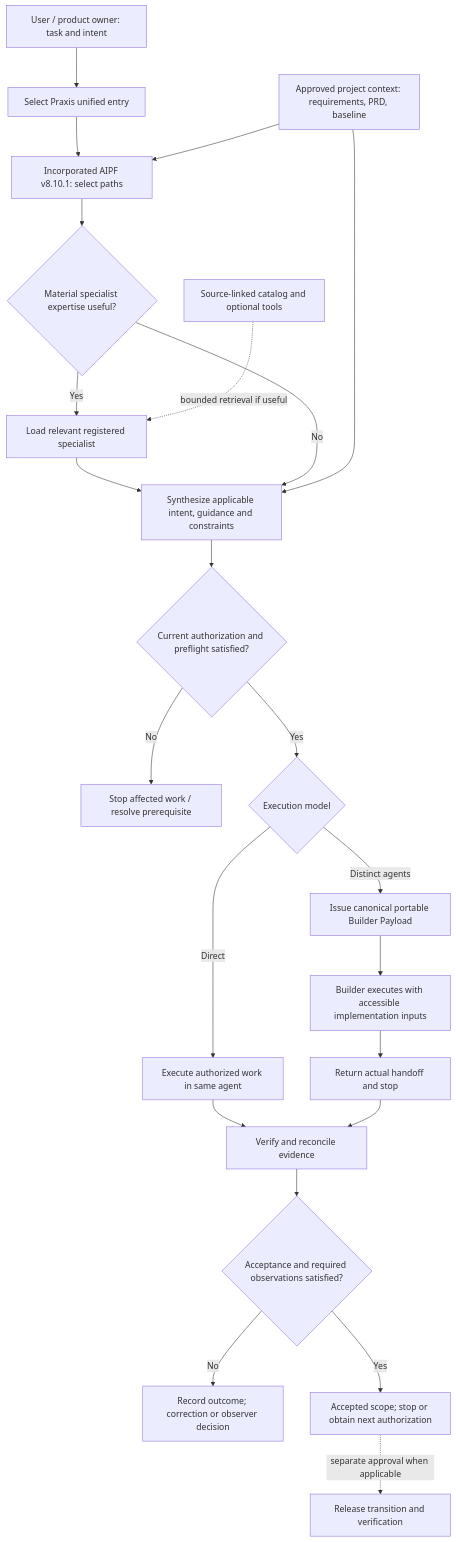
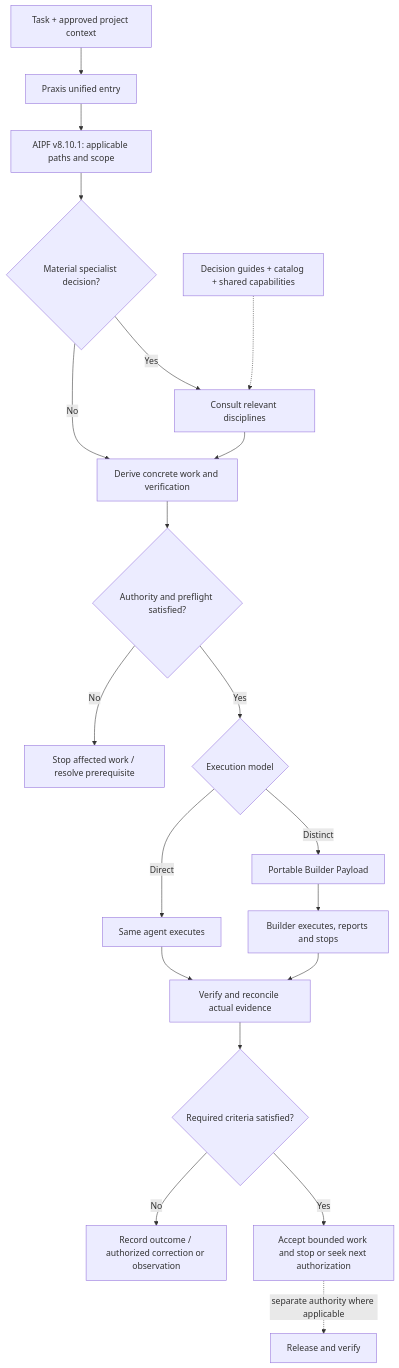
One commit to S-Pillow/praxis changed the diagram in README.md. Above: the diagram before and after it, drawn with Mermaid. The commit also changed other lines of this file, not shown here.

First line of the commit message:
Rebuild README around the unified four-specialist Praxis product

````diff
--- a/README.md
+++ b/README.md
@@ -50,25 +166,22 @@
 ```mermaid
 flowchart TD
-  U["User / product owner: task and intent"] --> E["Select Praxis unified entry"]
-  E --> G["Incorporated AIPF v8.10.1: select paths"]
-  C["Approved project context: requirements, PRD, baseline"] --> G
-  G --> S{"Material specialist expertise useful?"}
-  S -->|Yes| L["Load relevant registered specialist"]
-  K["Source-linked catalog and optional tools"] -. "bounded retrieval if useful" .-> L
-  L --> P["Synthesize applicable intent, guidance and constraints"]
-  S -->|No| P
-  C --> P
-  P --> A{"Current authorization and preflight satisfied?"}
+  U["Task + approved project context"] --> E["Praxis unified entry"]
+  E --> G["AIPF v8.10.1: applicable paths and scope"]
+  G --> M{"Material specialist decision?"}
+  M -->|Yes| S["Consult relevant disciplines"]
+  K["Decision guides + catalog + shared capabilities"] -.-> S
+  M -->|No| P["Derive concrete work and verification"]
+  S --> P
+  P --> A{"Authority and preflight satisfied?"}
   A -->|No| H["Stop affected work / resolve prerequisite"]
   A -->|Yes| X{"Execution model"}
-  X -->|Direct| D["Execute authorized work in same agent"]
-  X -->|Distinct agents| T["Issue canonical portable Builder Payload"]
-  T --> B["Builder executes with accessible implementation inputs"]
-  B --> R["Return actual handoff and stop"]
-  D --> V["Verify and reconcile evidence"]
-  R --> V
-  V --> Q{"Acceptance and required observations satisfied?"}
-  Q -->|No| F["Record outcome; correction or observer decision"]
-  Q -->|Yes| O["Accepted scope; stop or obtain next authorization"]
-  O -. "separate approval when applicable" .-> Z["Release transition and verification"]
+  X -->|Direct| D["Same agent executes"]
+  X -->|Distinct| T["Portable Builder Payload"]
+  T --> B["Builder executes, reports and stops"]
+  D --> V["Verify and reconcile actual evidence"]
+  B --> V
+  V --> Q{"Required criteria satisfied?"}
+  Q -->|No| F["Record outcome / authorized correction or observation"]
+  Q -->|Yes| O["Accept bounded work and stop or seek next authorization"]
+  O -. "separate authority where applicable" .-> R["Release and verify"]
 ```
````
